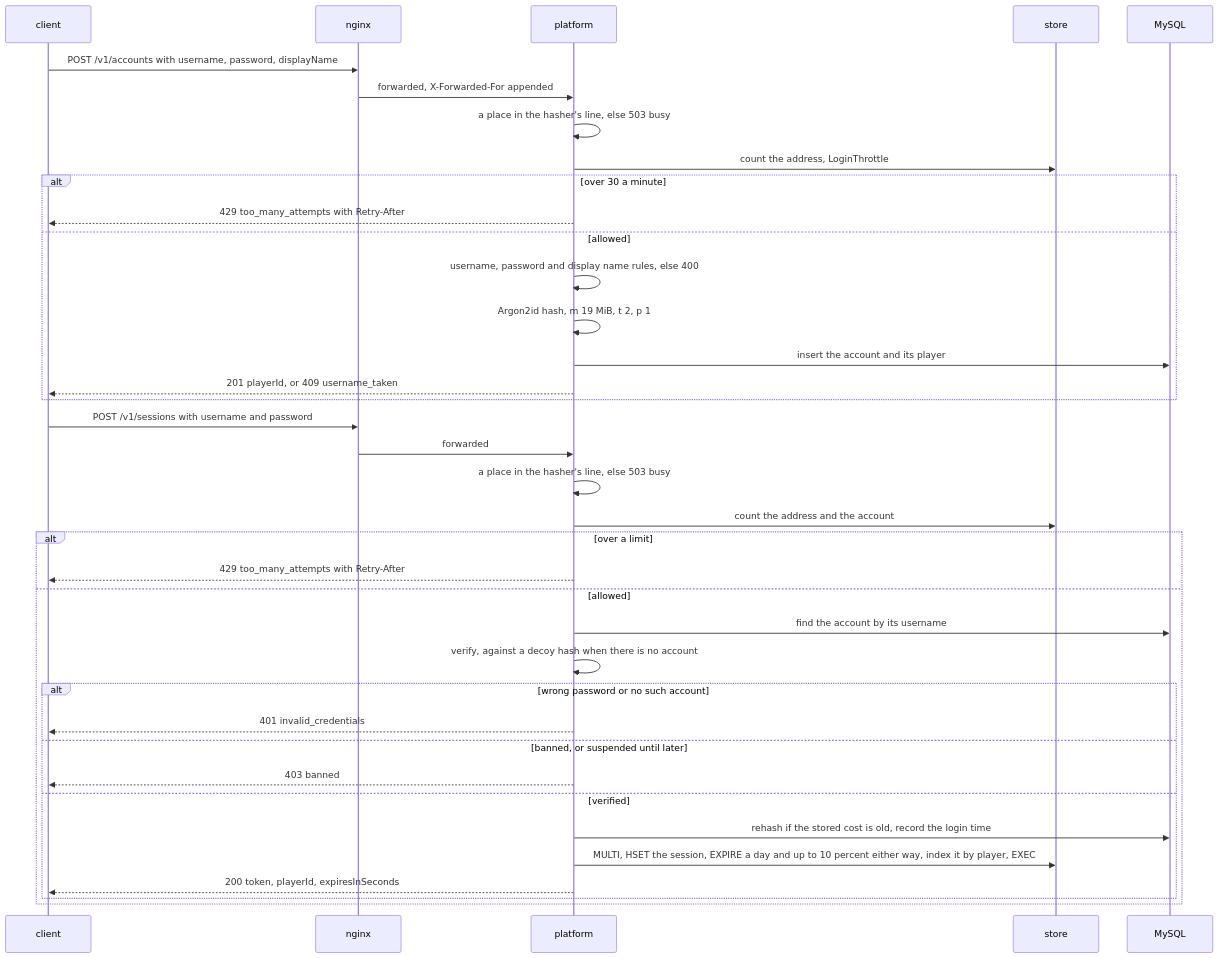
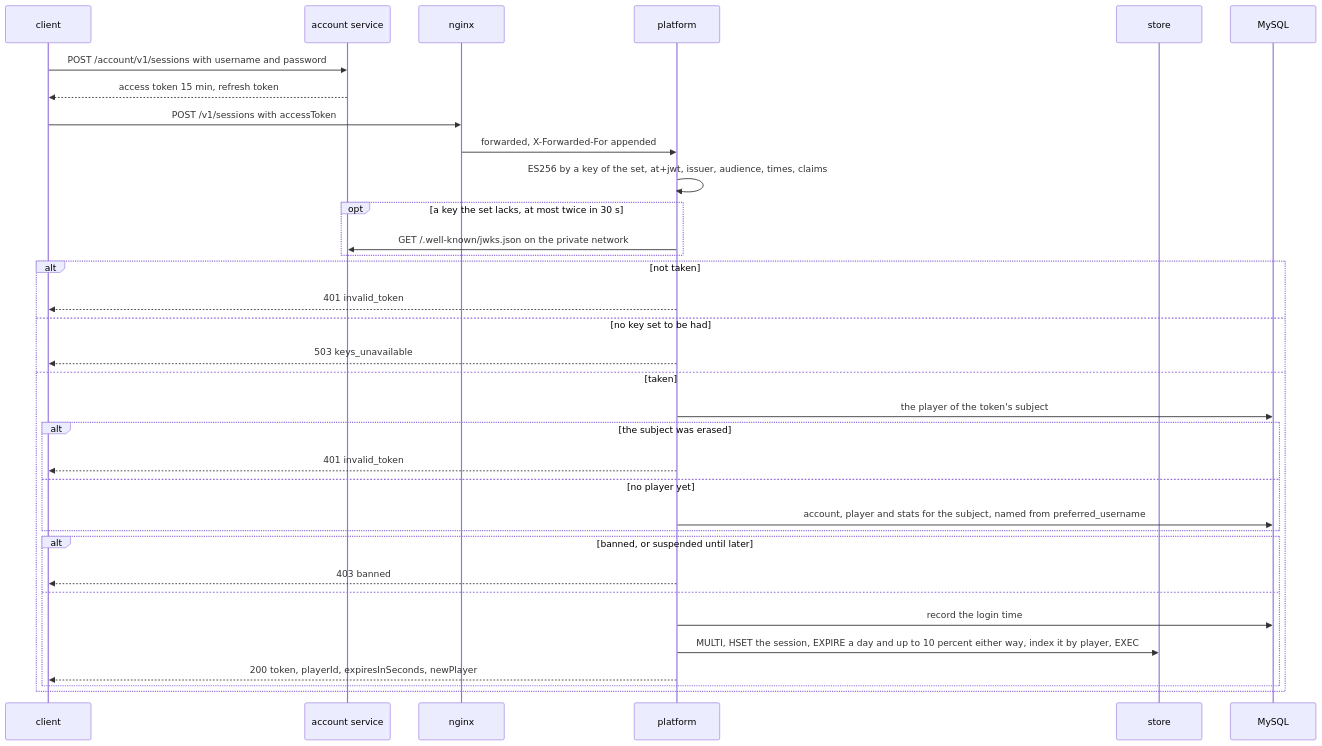
One commit to greensoft-atom/depio-simulation-platform changed the first of 16 diagrams in docs/diagrams/04-platform.md. Above: the diagram before and after it, drawn with Mermaid. The commit also changed other lines of this file and 92 other files, not shown here.

````diff
--- a/docs/diagrams/04-platform.md
+++ b/docs/diagrams/04-platform.md
@@ -26,39 +28,36 @@
 ```mermaid
 sequenceDiagram
     participant C as client
+    participant AS as account service
     participant N as nginx
     participant P as platform
     participant S as store
     participant D as MySQL
-    C->>N: POST /v1/accounts with username, password, displayName
+    C->>AS: POST /account/v1/sessions with username and password
+    AS-->>C: access token 15 min, refresh token
+    C->>N: POST /v1/sessions with accessToken
     N->>P: forwarded, X-Forwarded-For appended
-    P->>P: a place in the hasher's line, else 503 busy
-    P->>S: count the address, LoginThrottle
-    alt over 30 a minute
-        P-->>C: 429 too_many_attempts with Retry-After
-    else allowed
-        P->>P: username, password and display name rules, else 400
-        P->>P: Argon2id hash, m 19 MiB, t 2, p 1
-        P->>D: insert the account and its player
-        P-->>C: 201 playerId, or 409 username_taken
+    P->>P: ES256 by a key of the set, at+jwt, issuer, audience, times, claims
+    opt a key the set lacks, at most twice in 30 s
+        P->>AS: GET /.well-known/jwks.json on the private network
     end
-    C->>N: POST /v1/sessions with username and password
-    N->>P: forwarded
-    P->>P: a place in the hasher's line, else 503 busy
-    P->>S: count the address and the account
-    alt over a limit
-        P-->>C: 429 too_many_attempts with Retry-After
-    else allowed
-        P->>D: find the account by its username
-        P->>P: verify, against a decoy hash when there is no account
-        alt wrong password or no such account
-            P-->>C: 401 invalid_credentials
-        else banned, or suspended until later
+    alt not taken
+        P-->>C: 401 invalid_token
+    else no key set to be had
+        P-->>C: 503 keys_unavailable
+    else taken
+        P->>D: the player of the token's subject
+        alt the subject was erased
+            P-->>C: 401 invalid_token
+        else no player yet
+            P->>D: account, player and stats for the subject, named from preferred_username
+        end
+        alt banned, or suspended until later
             P-->>C: 403 banned
-        else verified
-            P->>D: rehash if the stored cost is old, record the login time
+        else
+            P->>D: record the login time
             P->>S: MULTI, HSET the session, EXPIRE a day and up to 10 percent either way, index it by player, EXEC
-            P-->>C: 200 token, playerId, expiresInSeconds
+            P-->>C: 200 token, playerId, expiresInSeconds, newPlayer
         end
     end
 ```
````
